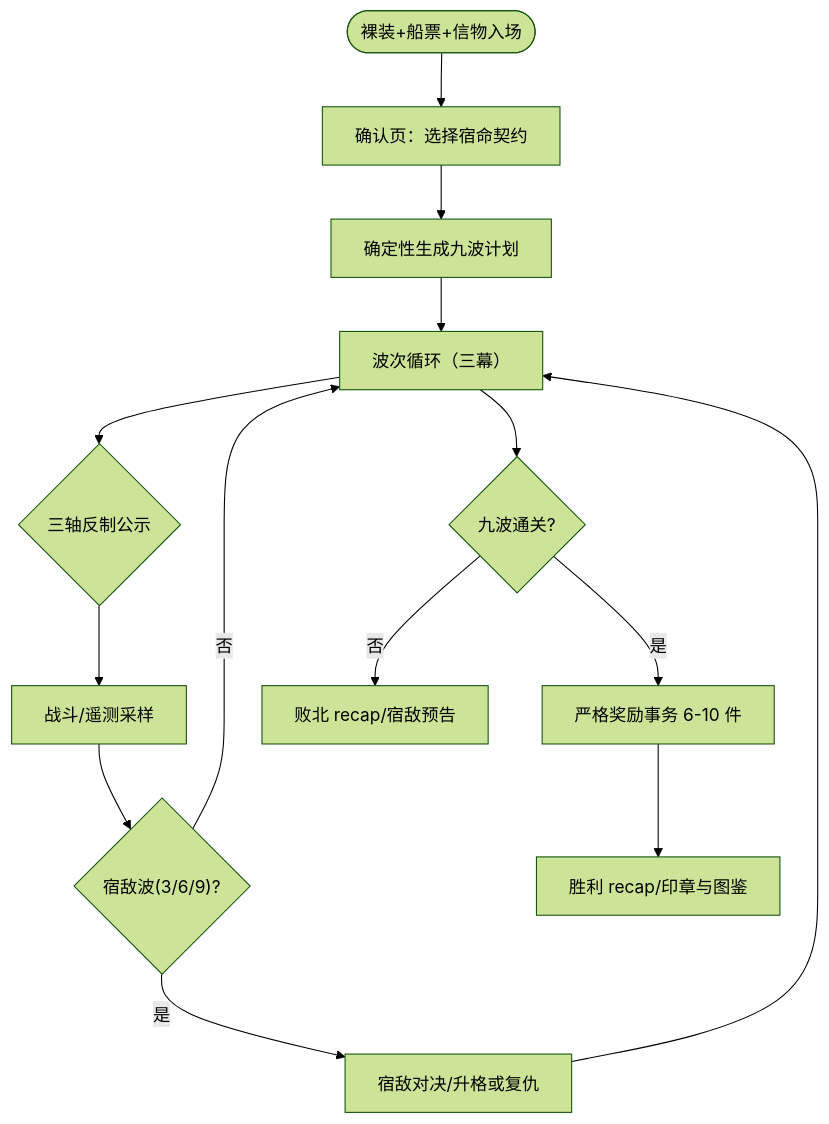
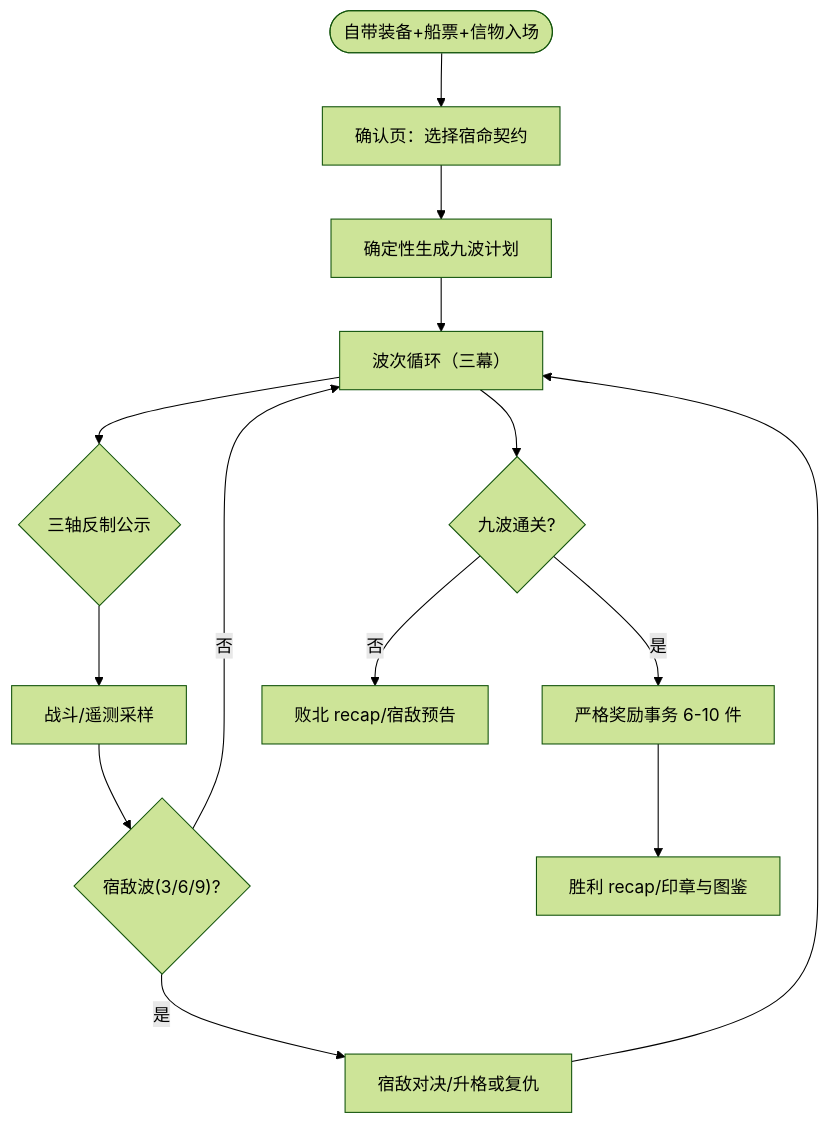
The seventh of 9 diagrams in .qoder/repowiki/zh/content/游戏模式系统/游戏模式系统.md (GASEN1216/BossRushMod), drawn with Mermaid (forest theme) before and after one commit. The commit also changed other lines of this file and 59 other files, not shown here.

````diff
--- a/.qoder/repowiki/zh/content/游戏模式系统/游戏模式系统.md
+++ b/.qoder/repowiki/zh/content/游戏模式系统/游戏模式系统.md
@@ -265,16 +268,16 @@
 ```mermaid
 flowchart TD
-Entry(["裸装+船票+信物入场"]) --> Confirm["确认页：选择宿命契约"]
+Entry(["自带装备+船票+信物入场"]) --> Confirm["确认页：选择宿命契约"]
 Confirm --> Plan["确定性生成九波计划"]
 Plan --> Loop["波次循环（三幕）"]
 Loop --> Axis{"三轴反制公示"}
 Axis --> Fight["战斗/遥测采样"]
 Fight --> Nemesis{"宿敌波(3/6/9)?"}
 Nemesis -- 是 --> NemesisFight["宿敌对决/升格或复仇"]
 Nemesis -- 否 --> Loop
 NemesisFight --> Loop
 Loop --> Result{"九波通关?"}
 Result -- 是 --> Reward["严格奖励事务 6-10 件"]
 Result -- 否 --> Recap["败北 recap/宿敌预告"]
 Reward --> Recap2["胜利 recap/印章与图鉴"]
 ```
````
